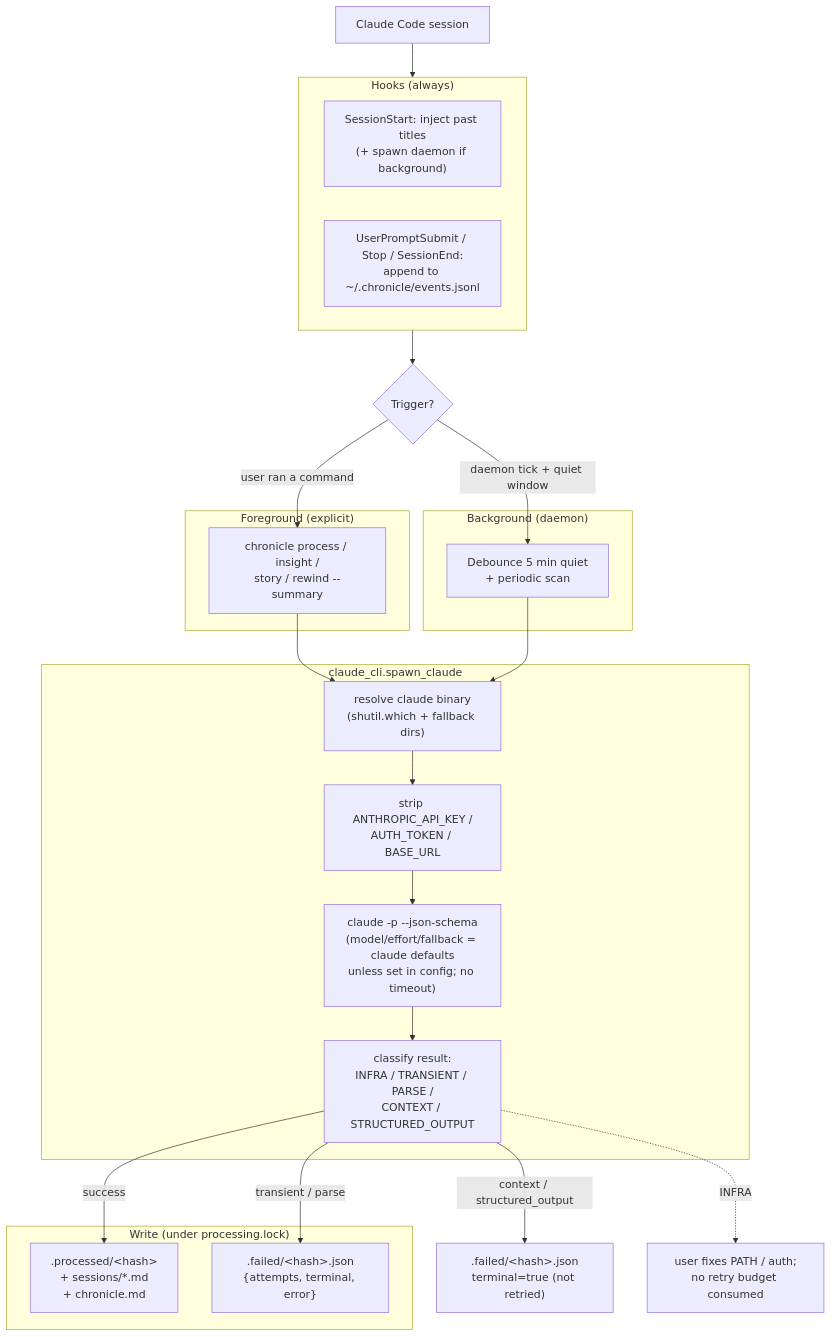
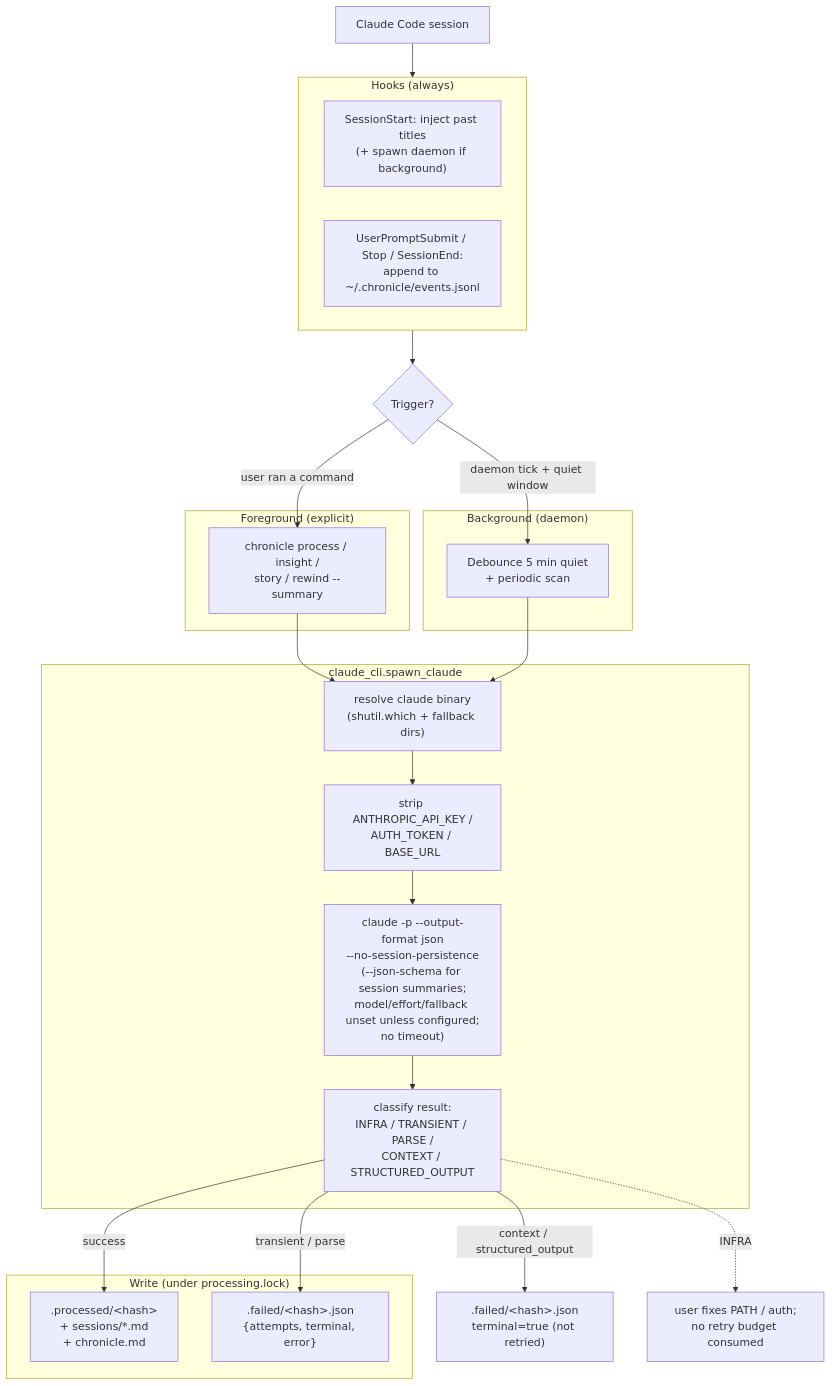
Before and after one commit to ehzawad/claudetalktoclaude: the fourth of 7 diagrams in README.md, drawn with Mermaid. The commit also changed other lines of this file and 37 other files, not shown here.

````diff
--- a/README.md
+++ b/README.md
@@ -251,41 +258,41 @@
 ```mermaid
 flowchart TB
     subgraph hooks["Hooks (always)"]
         SS["SessionStart: inject past titles<br/>(+ spawn daemon if background)"]
         LOG["UserPromptSubmit / Stop / SessionEnd:<br/>append to ~/.chronicle/events.jsonl"]
     end
 
     TRIG{"Trigger?"}
 
     subgraph fg["Foreground (explicit)"]
         FG["chronicle process / insight /<br/>story / rewind --summary"]
     end
 
     subgraph bg["Background (daemon)"]
         BG["Debounce 5 min quiet<br/>+ periodic scan"]
     end
 
     subgraph pipeline["claude_cli.spawn_claude"]
         RESOLVE["resolve claude binary<br/>(shutil.which + fallback dirs)"]
         ENV["strip ANTHROPIC_API_KEY /<br/>AUTH_TOKEN / BASE_URL"]
-        SPAWN["claude -p --json-schema<br/>(model/effort/fallback = claude defaults<br/>unless set in config; no timeout)"]
+        SPAWN["claude -p --output-format json<br/>--no-session-persistence<br/>(--json-schema for session summaries;<br/>model/effort/fallback unset unless configured;<br/>no timeout)"]
         CLASSIFY["classify result:<br/>INFRA / TRANSIENT / PARSE /<br/>CONTEXT / STRUCTURED_OUTPUT"]
     end
 
     subgraph write["Write (under processing.lock)"]
         OK[".processed/&lt;hash&gt;<br/>+ sessions/*.md<br/>+ chronicle.md"]
         FAIL[".failed/&lt;hash&gt;.json<br/>{attempts, terminal, error}"]
     end
 
     CC["Claude Code session"] --> hooks
     hooks --> TRIG
     TRIG -->|"user ran a command"| FG
     TRIG -->|"daemon tick + quiet window"| BG
     FG --> RESOLVE
     BG --> RESOLVE
     RESOLVE --> ENV --> SPAWN --> CLASSIFY
     CLASSIFY -->|success| OK
     CLASSIFY -->|transient / parse| FAIL
     CLASSIFY -->|context / structured_output| TERM[".failed/&lt;hash&gt;.json<br/>terminal=true (not retried)"]
     CLASSIFY -.->|INFRA| config_fix["user fixes PATH / auth;<br/>no retry budget consumed"]
 ```
````
